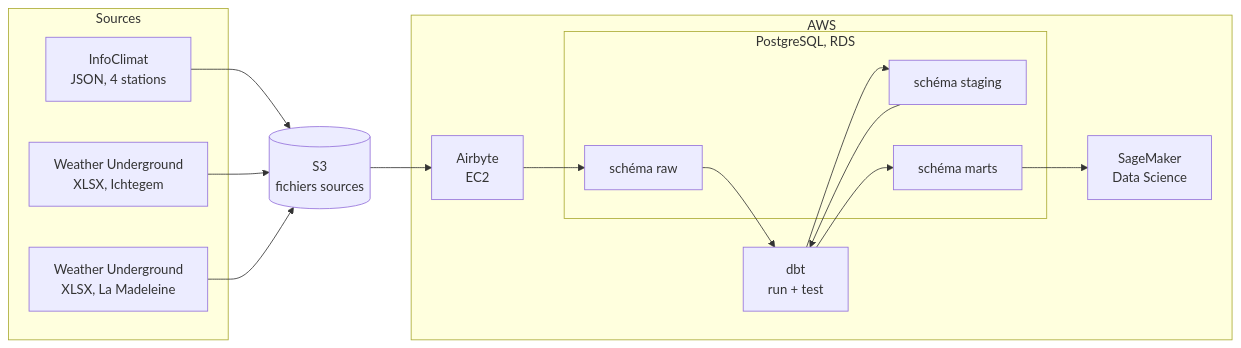
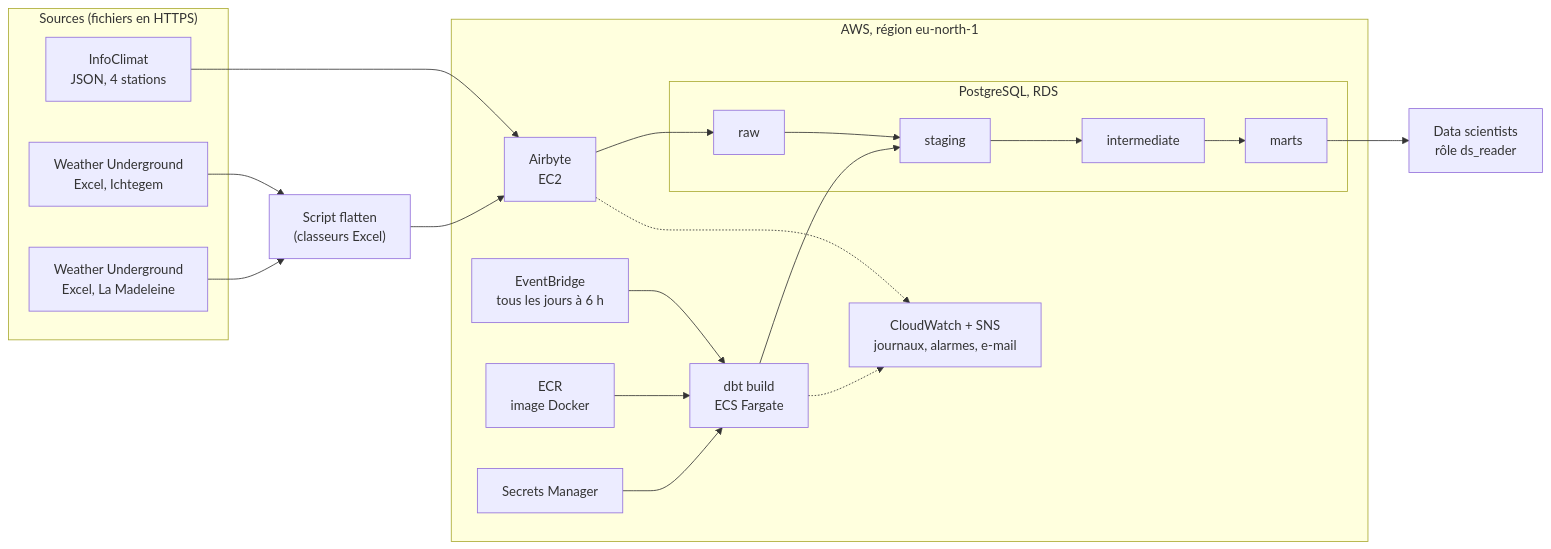
Before and after one commit to todaywks/Github-OC8: the diagram in docs/architecture.md, drawn with Mermaid. The commit also changed other lines of this file and 5 other files, not shown here.

````diff
--- a/docs/architecture.md
+++ b/docs/architecture.md
@@ -11,32 +9,43 @@
 ```mermaid
 flowchart LR
-    subgraph sources["Sources"]
+    subgraph sources["Sources (fichiers en HTTPS)"]
         A1["InfoClimat<br/>JSON, 4 stations"]
-        A2["Weather Underground<br/>XLSX, Ichtegem"]
-        A3["Weather Underground<br/>XLSX, La Madeleine"]
+        A2["Weather Underground<br/>Excel, Ichtegem"]
+        A3["Weather Underground<br/>Excel, La Madeleine"]
     end
 
-    S3[("S3<br/>fichiers sources")]
+    FL["Script flatten<br/>(classeurs Excel)"]
 
-    subgraph aws["AWS"]
+    subgraph aws["AWS, région eu-north-1"]
         AB["Airbyte<br/>EC2"]
         subgraph rds["PostgreSQL, RDS"]
-            RAW["schéma raw"]
-            STG["schéma staging"]
-            MRT["schéma marts"]
+            RAW["raw"]
+            STG["staging"]
+            INT["intermediate"]
+            MRT["marts"]
         end
-        DBT["dbt<br/>run + test"]
-        SM["SageMaker<br/>Data Science"]
+        EB["EventBridge<br/>tous les jours à 6 h"]
+        ECS["dbt build<br/>ECS Fargate"]
+        ECR["ECR<br/>image Docker"]
+        SM["Secrets Manager"]
+        CW["CloudWatch + SNS<br/>journaux, alarmes, e-mail"]
     end
 
-    A1 --> S3
-    A2 --> S3
-    A3 --> S3
-    S3 --> AB
+    DS["Data scientists<br/>rôle ds_reader"]
+
+    A1 --> AB
+    A2 --> FL
+    A3 --> FL
+    FL --> AB
     AB --> RAW
-    RAW --> DBT
-    DBT --> STG
-    STG --> DBT
-    DBT --> MRT
-    MRT --> SM
+    EB --> ECS
+    ECR --> ECS
+    SM --> ECS
+    ECS --> STG
+    STG --> INT
+    INT --> MRT
+    RAW --> STG
+    MRT --> DS
+    AB -.-> CW
+    ECS -.-> CW
 ```
````
